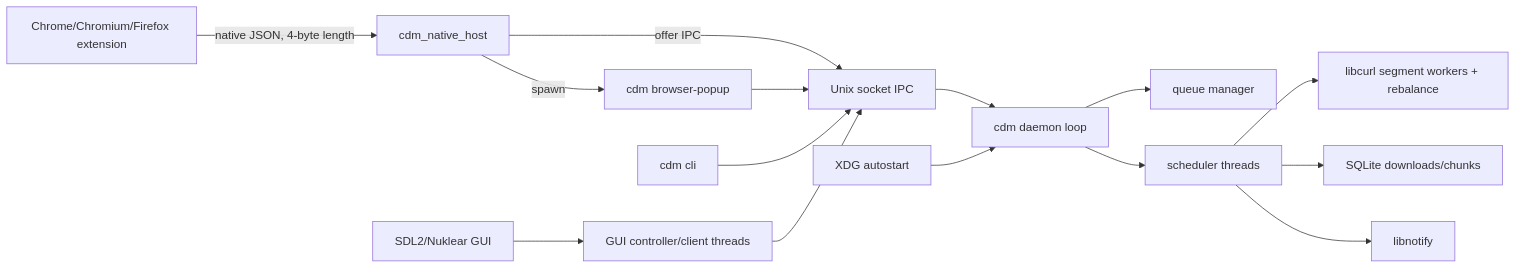
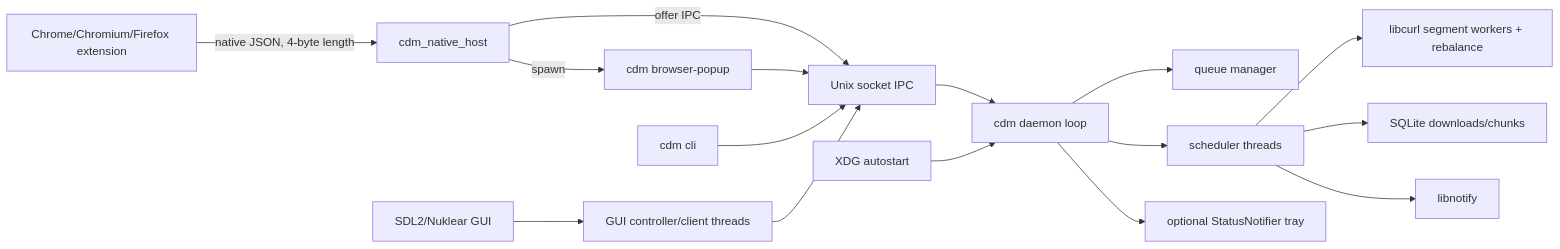
One commit to opu-hossain/cdm changed the diagram in PROJECT_CONTEXT.md. Above: the diagram before and after it, drawn with Mermaid. The commit also changed other lines of this file and 4 other files, not shown here.

````diff
--- a/PROJECT_CONTEXT.md
+++ b/PROJECT_CONTEXT.md
@@ -41,16 +52,17 @@
 ```mermaid
 flowchart LR
   Browser[Chrome/Chromium/Firefox extension] -->|native JSON, 4-byte length| Host[cdm_native_host]
   Host -->|offer IPC| IPC[Unix socket IPC]
   Host -->|spawn| Popup[cdm browser-popup]
   Popup --> IPC
   CLI[cdm cli] --> IPC
   GUI[SDL2/Nuklear GUI] --> Controller[GUI controller/client threads] --> IPC
   IPC --> Daemon[cdm daemon loop]
   Daemon --> Queue[queue manager]
   Daemon --> Scheduler[scheduler threads]
   Scheduler --> Engine[libcurl segment workers + rebalance]
   Scheduler --> DB[SQLite downloads/chunks]
   Scheduler --> Notify[libnotify]
+  Daemon --> Tray[optional StatusNotifier tray]
   Autostart[XDG autostart] --> Daemon
 ```
````
